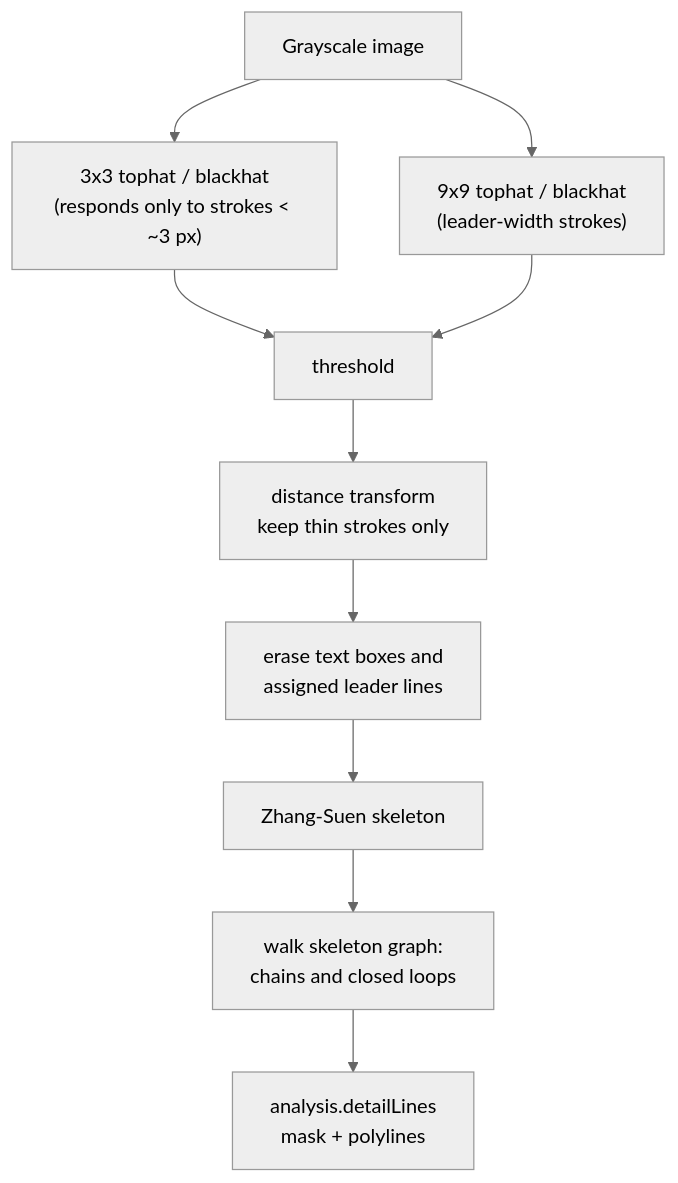
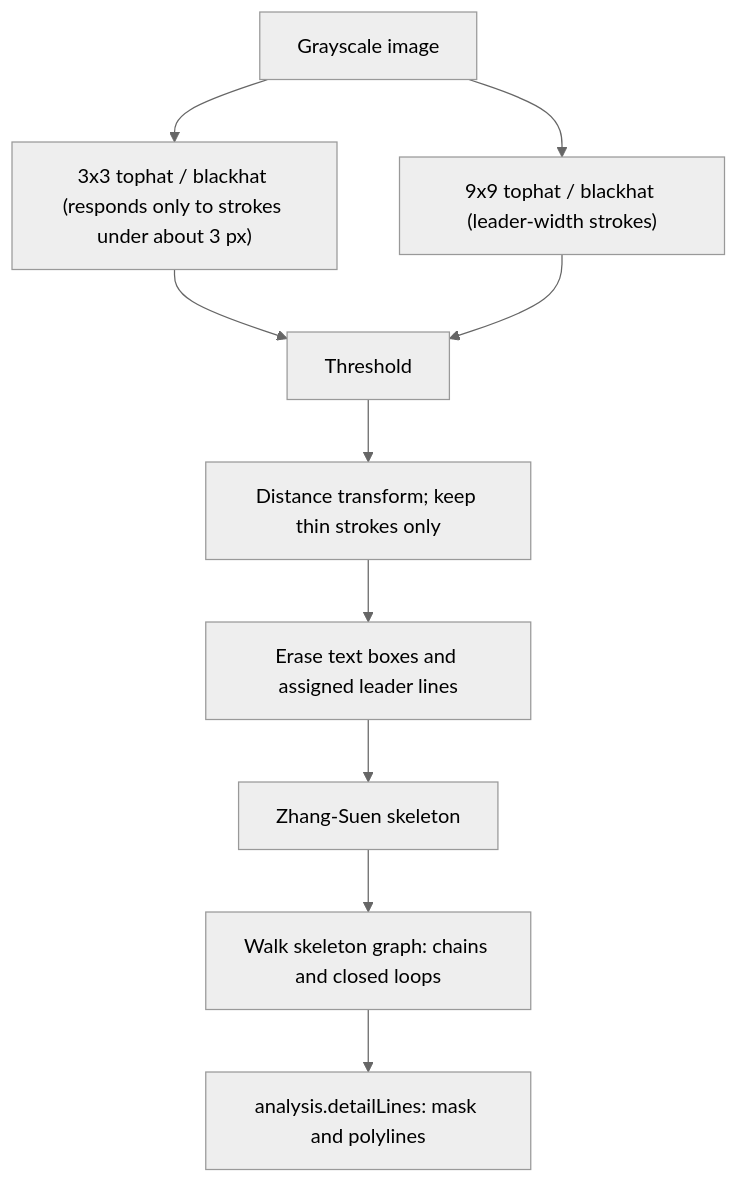
The diagram in docs/fine-lines.md (mrhunsaker/TactiDiagram), drawn with Mermaid (neutral theme) before and after one commit. The commit also changed 6 other files, not shown here.

First line of the commit message:
Docs/fix mermaid syntax (#41)

````diff
--- a/docs/fine-lines.md
+++ b/docs/fine-lines.md
@@ -19,12 +19,12 @@
 ```mermaid
 flowchart TD
-  A["Grayscale image"] --> B["3x3 tophat / blackhat<br/>(responds only to strokes < ~3 px)"]
-  A --> C["9x9 tophat / blackhat<br/>(leader-width strokes)"]
-  B --> D["threshold"]
+  A["Grayscale image"] --> B["3x3 tophat / blackhat (responds only to strokes under about 3 px)"]
+  A --> C["9x9 tophat / blackhat (leader-width strokes)"]
+  B --> D["Threshold"]
   C --> D
-  D --> E["distance transform<br/>keep thin strokes only"]
-  E --> F["erase text boxes and<br/>assigned leader lines"]
+  D --> E["Distance transform; keep thin strokes only"]
+  E --> F["Erase text boxes and assigned leader lines"]
   F --> G["Zhang-Suen skeleton"]
-  G --> H["walk skeleton graph:<br/>chains and closed loops"]
-  H --> I["analysis.detailLines<br/>mask + polylines"]
+  G --> H["Walk skeleton graph: chains and closed loops"]
+  H --> I["analysis.detailLines: mask and polylines"]
 ```
````
